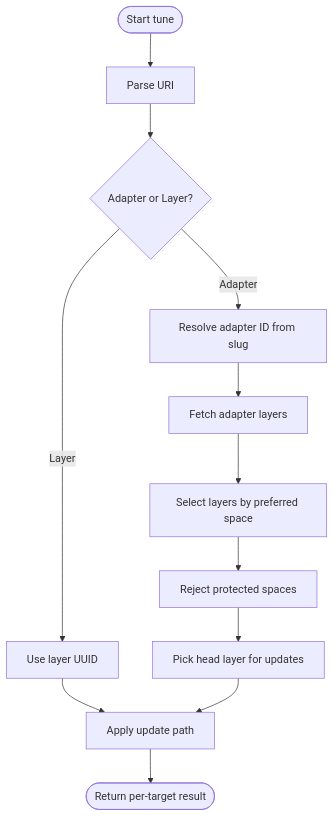
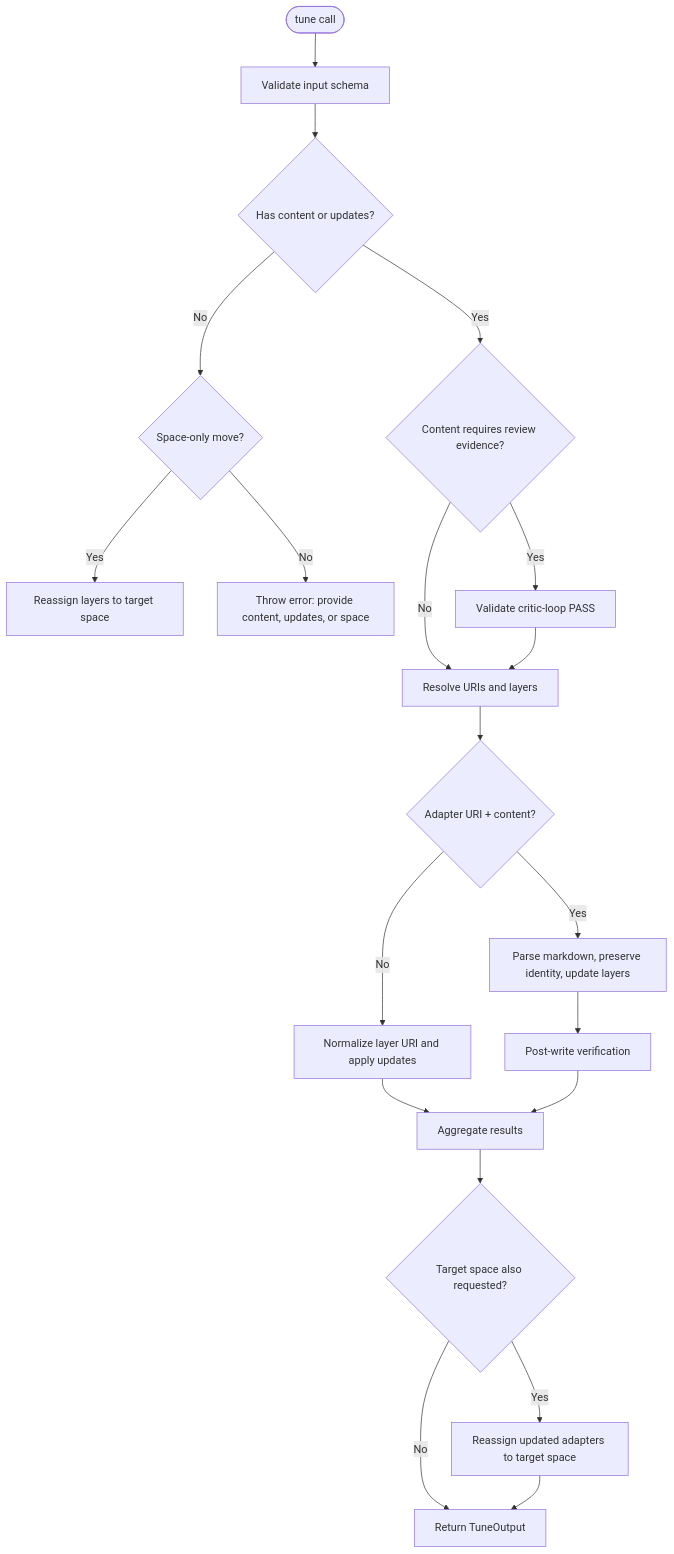
Before and after one commit to SquadRules/mcp: the third of 6 diagrams in .qoder/repowiki/en/content/MCP Tools Reference/Tune Tool.md, drawn with Mermaid. The commit also changed other lines of this file and 553 other files, not shown here.

````diff
--- a/.qoder/repowiki/en/content/MCP Tools Reference/Tune Tool.md
+++ b/.qoder/repowiki/en/content/MCP Tools Reference/Tune Tool.md
@@ -167,14 +169,22 @@
 ```mermaid
 flowchart TD
-Start(["Start tune"]) --> Parse["Parse URI"]
-Parse --> Kind{"Adapter or Layer?"}
-Kind --> |Layer| Direct["Use layer UUID"]
-Kind --> |Adapter| Resolve["Resolve adapter ID from slug"]
-Resolve --> Layers["Fetch adapter layers"]
-Layers --> Select["Select layers by preferred space"]
-Select --> Guard["Reject protected spaces"]
-Guard --> Head["Pick head layer for updates"]
-Direct --> UpdatePath["Apply update path"]
-Head --> UpdatePath
-UpdatePath --> End(["Return per-target result"])
+Start(["tune call"]) --> Validate["Validate input schema"]
+Validate --> HasPayload{"Has content or updates?"}
+HasPayload --> |No| SpaceOnly{"Space-only move?"}
+SpaceOnly --> |Yes| MoveLayers["Reassign layers to target space"]
+SpaceOnly --> |No| ErrorNoPayload["Throw error: provide content, updates, or space"]
+HasPayload --> |Yes| CheckEvidence{"Content requires review evidence?"}
+CheckEvidence --> |Yes| ValidateEvidence["Validate critic-loop PASS"]
+CheckEvidence --> |No| ResolveTargets["Resolve URIs and layers"]
+ValidateEvidence --> ResolveTargets
+ResolveTargets --> AdapterContent{"Adapter URI + content?"}
+AdapterContent --> |Yes| InPlaceUpdate["Parse markdown, preserve identity, update layers"]
+AdapterContent --> |No| LayerUpdate["Normalize layer URI and apply updates"]
+InPlaceUpdate --> Verify["Post-write verification"]
+LayerUpdate --> ResultAggregation["Aggregate results"]
+Verify --> ResultAggregation
+ResultAggregation --> OptionalMove{"Target space also requested?"}
+OptionalMove --> |Yes| FinalMove["Reassign updated adapters to target space"]
+OptionalMove --> |No| Return["Return TuneOutput"]
+FinalMove --> Return
 ```
````
